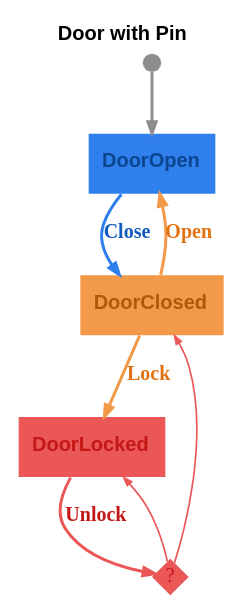
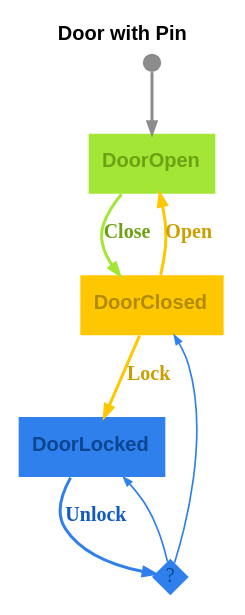
One commit to m-bock/purescript-transit changed the diagram in graphs/door-with-pin.dot. Above: the diagram before and after it, drawn with Graphviz. The commit also changed 17 other files, not shown here.

```diff
--- a/graphs/door-with-pin.dot
+++ b/graphs/door-with-pin.dot
@@ -1,16 +1,16 @@
 digraph 
 {
 rankdir = "TD";fontname = "Arial";label = <<b>Door with Pin</b>>;labelloc = "t";fontsize = 12;bgcolor = "#ffffff"
-DoorOpen [shape = "box", label = <<b>DoorOpen</b>>, fontsize = 12, style = "filled", fillcolor = "#2f80ed", fontcolor = "#0c4590", fontname = "Arial", labelloc = "c", penwidth = 0.0]
+DoorOpen [shape = "box", label = <<b>DoorOpen</b>>, fontsize = 12, style = "filled", fillcolor = "#a3e635", fontcolor = "#6ca114", fontname = "Arial", labelloc = "c", penwidth = 0.0]
 __Start__ [shape = "circle", label = "", width = 0.15, height = 0.15, fixedsize = true, style = "filled", fillcolor = "#8c8c8c", penwidth = 0.0]
 __Start__ -> DoorOpen [color = "#8c8c8c", fontsize = 12, arrowsize = "0.7", penwidth = 1.8]
-DoorOpen -> DoorClosed [color = "#2f80ed", fontcolor = "#115bbf", fontsize = 12, arrowsize = "0.7", label = <<b>Close</b>>, penwidth = 1.8]
-DoorClosed [shape = "box", label = <<b>DoorClosed</b>>, fontsize = 12, style = "filled", fillcolor = "#f2994a", fontcolor = "#b0590d", fontname = "Arial", labelloc = "c", penwidth = 0.0]
-DoorClosed -> DoorOpen [color = "#f2994a", fontcolor = "#e07210", fontsize = 12, arrowsize = "0.7", label = <<b>Open</b>>, penwidth = 1.8]
-DoorClosed -> DoorLocked [color = "#f2994a", fontcolor = "#e07210", fontsize = 12, arrowsize = "0.7", label = <<b>Lock</b>>, penwidth = 1.8]
-DoorLocked [shape = "box", label = <<b>DoorLocked</b>>, fontsize = 12, style = "filled", fillcolor = "#eb5757", fontcolor = "#c41717", fontname = "Arial", labelloc = "c", penwidth = 0.0]
-decision_DoorLocked_Unlock [shape = "diamond", label = "?", fontsize = 12, fontcolor = "#c41717", style = "filled", fillcolor = "#eb5757", penwidth = 0.0, fixedsize = true, width = 0.3, height = 0.3]
-DoorLocked -> decision_DoorLocked_Unlock [color = "#eb5757", fontcolor = "#c41717", fontsize = 12, arrowsize = "0.7", label = <<b>Unlock</b>>, penwidth = 1.8]
-decision_DoorLocked_Unlock -> DoorLocked [color = "#eb5757", fontcolor = "#c41717", fontsize = 10, arrowsize = "0.5", penwidth = 1.8, penwidth = 1.0]
-decision_DoorLocked_Unlock -> DoorClosed [color = "#eb5757", fontcolor = "#c41717", fontsize = 10, arrowsize = "0.5", penwidth = 1.8, penwidth = 1.0]
+DoorOpen -> DoorClosed [color = "#a3e635", fontcolor = "#6ca114", fontsize = 12, arrowsize = "0.7", label = <<b>Close</b>>, penwidth = 1.8]
+DoorClosed [shape = "box", label = <<b>DoorClosed</b>>, fontsize = 12, style = "filled", fillcolor = "#ffc700", fontcolor = "#b38b00", fontname = "Arial", labelloc = "c", penwidth = 0.0]
+DoorClosed -> DoorOpen [color = "#ffc700", fontcolor = "#cc9f00", fontsize = 12, arrowsize = "0.7", label = <<b>Open</b>>, penwidth = 1.8]
+DoorClosed -> DoorLocked [color = "#ffc700", fontcolor = "#cc9f00", fontsize = 12, arrowsize = "0.7", label = <<b>Lock</b>>, penwidth = 1.8]
+DoorLocked [shape = "box", label = <<b>DoorLocked</b>>, fontsize = 12, style = "filled", fillcolor = "#2f80ed", fontcolor = "#0c4590", fontname = "Arial", labelloc = "c", penwidth = 0.0]
+decision_DoorLocked_Unlock [shape = "diamond", label = "?", fontsize = 12, fontcolor = "#0c4590", style = "filled", fillcolor = "#2f80ed", penwidth = 0.0, fixedsize = true, width = 0.3, height = 0.3]
+DoorLocked -> decision_DoorLocked_Unlock [color = "#2f80ed", fontcolor = "#115bbf", fontsize = 12, arrowsize = "0.7", label = <<b>Unlock</b>>, penwidth = 1.8]
+decision_DoorLocked_Unlock -> DoorLocked [color = "#2f80ed", fontcolor = "#115bbf", fontsize = 10, arrowsize = "0.5", penwidth = 1.8, penwidth = 1.0]
+decision_DoorLocked_Unlock -> DoorClosed [color = "#2f80ed", fontcolor = "#115bbf", fontsize = 10, arrowsize = "0.5", penwidth = 1.8, penwidth = 1.0]
 }
```
